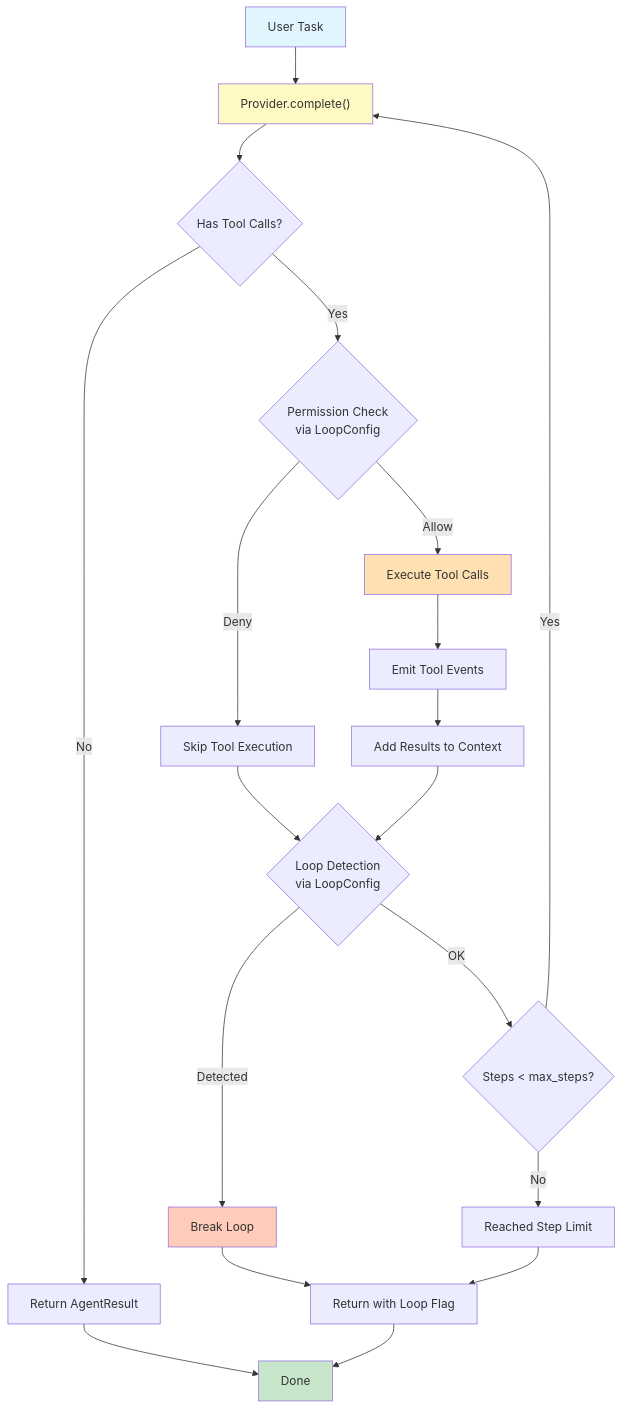
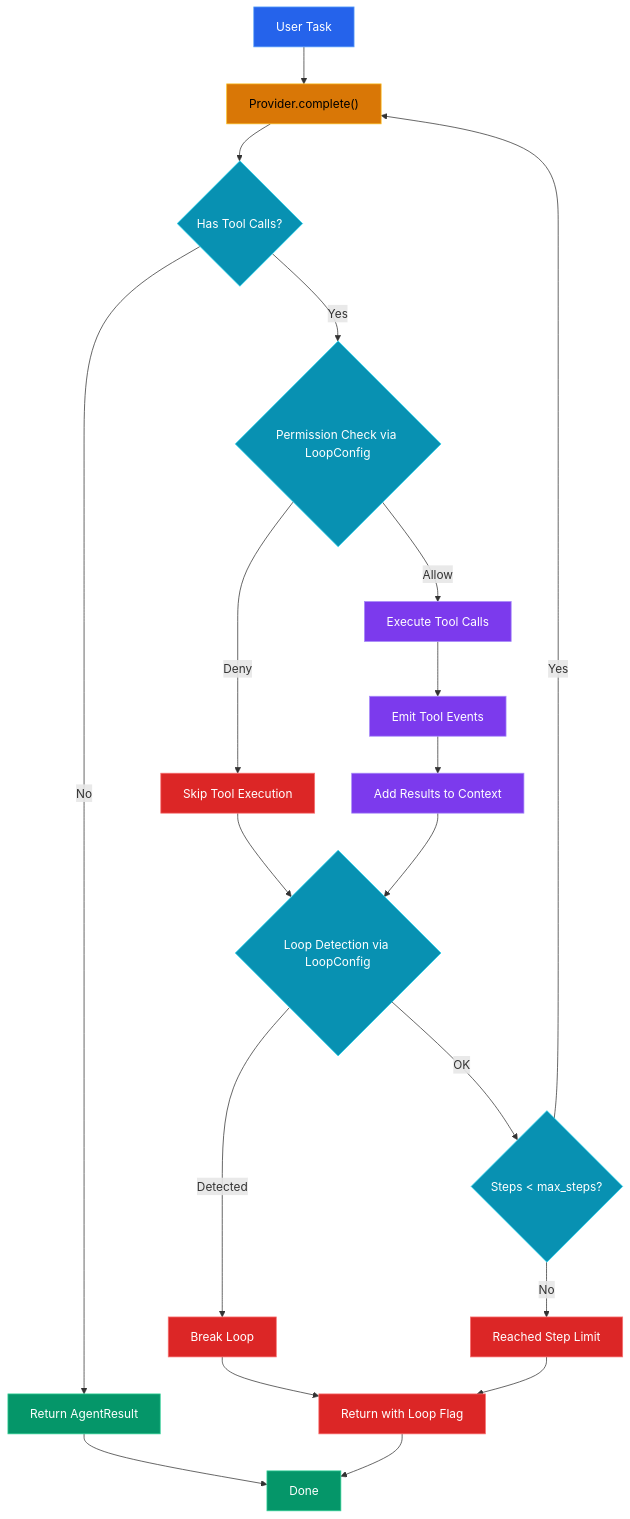
One commit to 0bserver07/chimera changed the second of 4 diagrams in site/src/content/docs/architecture.md. Above: the diagram before and after it, drawn with Mermaid. The commit also changed other lines of this file and 45 other files, not shown here.

First line of the commit message:
docs: fix docs site — mermaid rendering, dark colors, broken links, model names

````diff
--- a/site/src/content/docs/architecture.md
+++ b/site/src/content/docs/architecture.md
@@ -193,36 +211,46 @@
 ```mermaid
 flowchart TD
     Start["User Task"] --> Complete["Provider.complete()"]
     Complete --> HasTools{Has Tool Calls?}
 
     HasTools -->|No| Return["Return AgentResult"]
 
-    HasTools -->|Yes| Permission{Permission Check<br/>via LoopConfig}
+    HasTools -->|Yes| Permission{Permission Check via LoopConfig}
 
     Permission -->|Deny| SkipTool["Skip Tool Execution"]
     SkipTool --> LoopDetect
 
     Permission -->|Allow| Execute["Execute Tool Calls"]
     Execute --> Emit["Emit Tool Events"]
     Emit --> Results["Add Results to Context"]
     Results --> LoopDetect
 
-    LoopDetect{Loop Detection<br/>via LoopConfig}
+    LoopDetect{Loop Detection via LoopConfig}
 
     LoopDetect -->|Detected| Break["Break Loop"]
     Break --> ReturnFail["Return with Loop Flag"]
 
     LoopDetect -->|OK| HasSteps{Steps < max_steps?}
     HasSteps -->|Yes| Complete
     HasSteps -->|No| StepLimit["Reached Step Limit"]
     StepLimit --> ReturnFail
 
     Return --> End["Done"]
     ReturnFail --> End
 
-    style Start fill:#e1f5ff
-    style End fill:#c8e6c9
-    style Complete fill:#fff9c4
-    style Execute fill:#ffe0b2
-    style Break fill:#ffccbc
+    style Start fill:#2563eb,stroke:#60a5fa,color:#fff
+    style End fill:#059669,stroke:#34d399,color:#fff
+    style Complete fill:#d97706,stroke:#fbbf24,color:#000
+    style Execute fill:#7c3aed,stroke:#a78bfa,color:#fff
+    style Break fill:#dc2626,stroke:#f87171,color:#fff
+    style Return fill:#059669,stroke:#34d399,color:#fff
+    style ReturnFail fill:#dc2626,stroke:#f87171,color:#fff
+    style SkipTool fill:#dc2626,stroke:#f87171,color:#fff
+    style HasTools fill:#0891b2,stroke:#22d3ee,color:#fff
+    style Permission fill:#0891b2,stroke:#22d3ee,color:#fff
+    style LoopDetect fill:#0891b2,stroke:#22d3ee,color:#fff
+    style HasSteps fill:#0891b2,stroke:#22d3ee,color:#fff
+    style StepLimit fill:#dc2626,stroke:#f87171,color:#fff
+    style Emit fill:#7c3aed,stroke:#a78bfa,color:#fff
+    style Results fill:#7c3aed,stroke:#a78bfa,color:#fff
 ```
````
